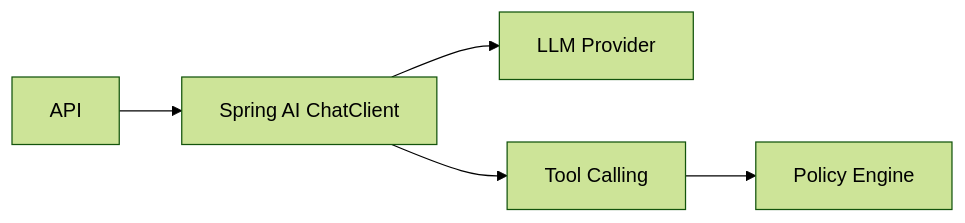
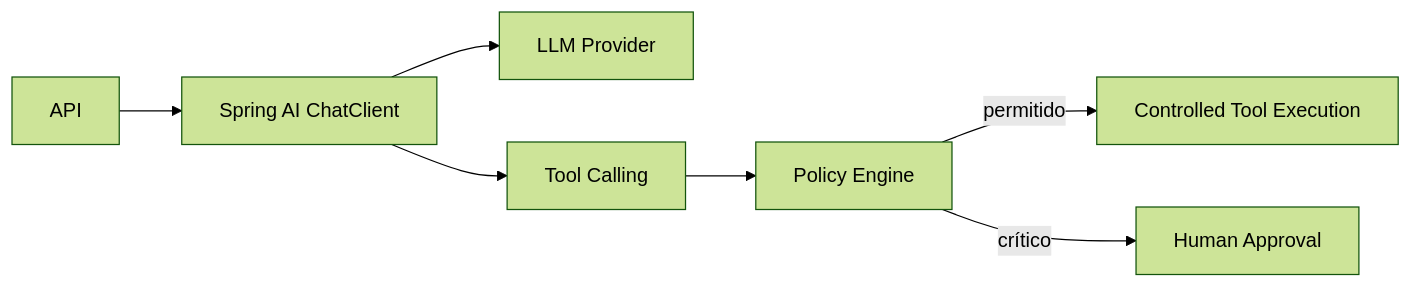
Before and after one commit to juceliocoelho2022/secure-agent-hub: the third of 4 diagrams in docs/ARCHITECTURE.md, drawn with Mermaid (forest theme). The commit also changed other lines of this file and 29 other files, not shown here.

First line of the commit message:
feat: complete v1.2 event-driven architecture

````diff
--- a/docs/ARCHITECTURE.md
+++ b/docs/ARCHITECTURE.md
@@ -71,7 +113,9 @@
 ```mermaid
 flowchart LR
     API --> AI[Spring AI ChatClient]
     AI --> LLM[LLM Provider]
     AI --> TC[Tool Calling]
     TC --> POL[Policy Engine]
+    POL -->|permitido| EXEC[Controlled Tool Execution]
+    POL -->|crítico| HITL[Human Approval]
 ```
````
